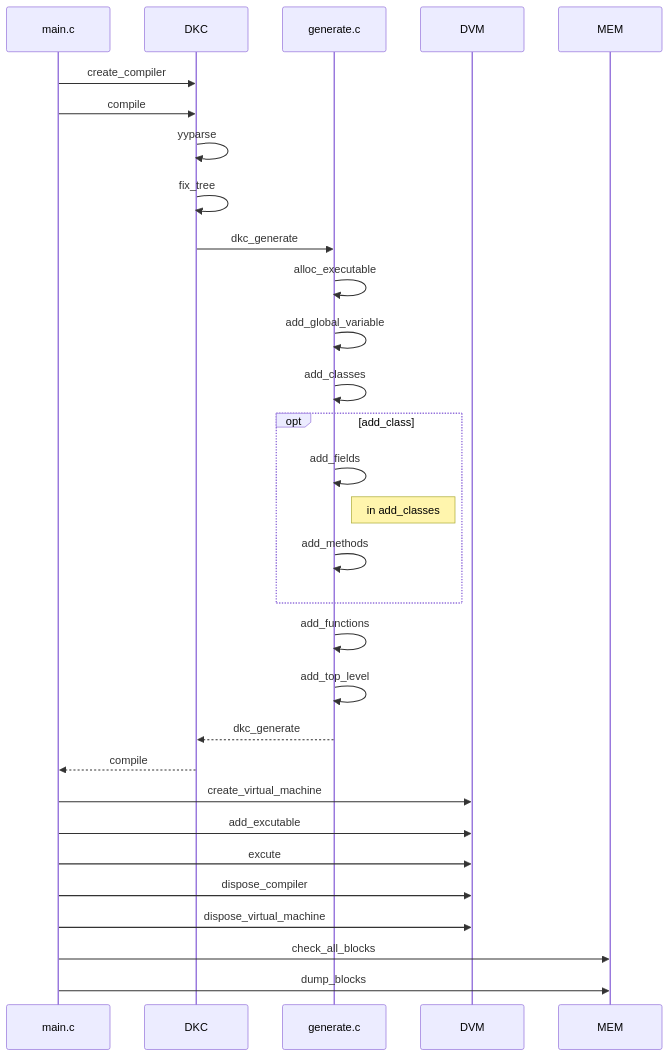
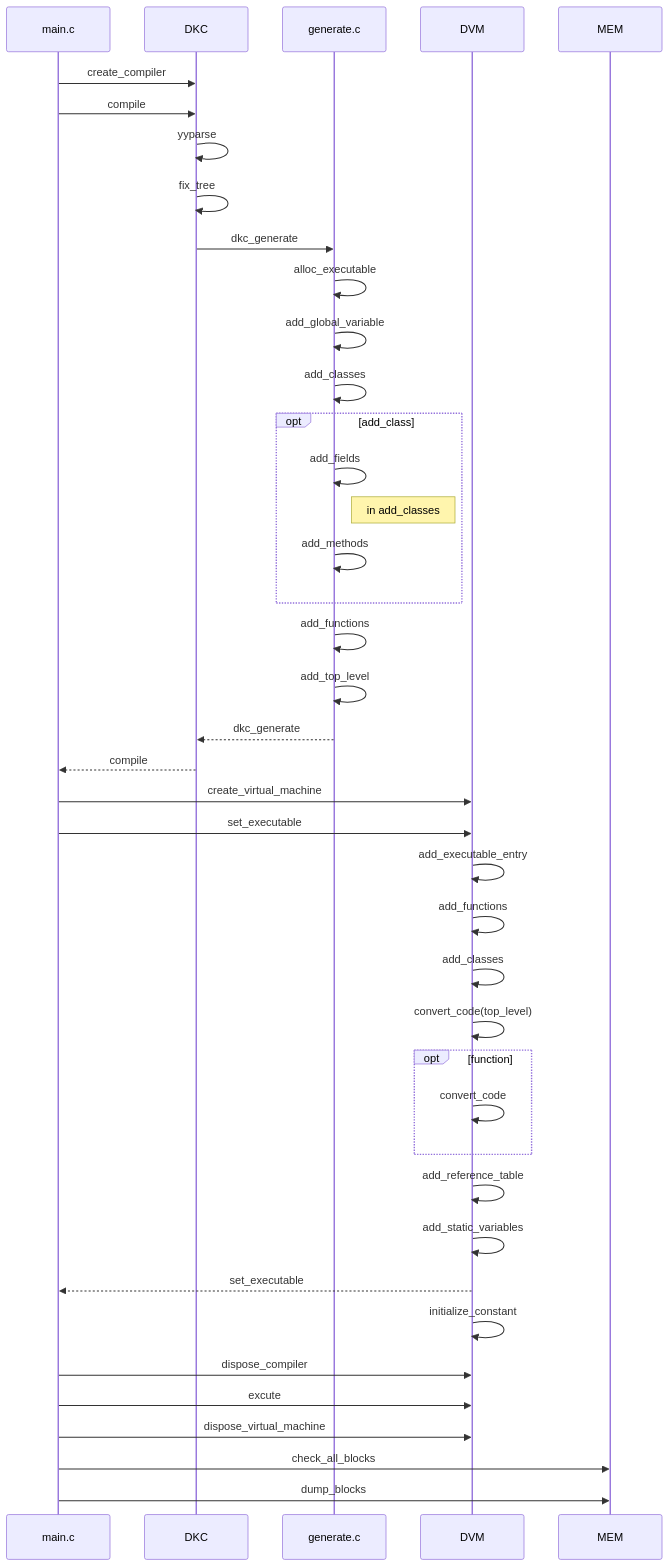
Before and after one commit to sulvto/compilers: the first of 2 diagrams in diksam/README.md, drawn with Mermaid. The commit also changed other lines of this file and 5 other files, not shown here.

````diff
--- a/diksam/README.md
+++ b/diksam/README.md
@@ -2,27 +2,38 @@
 ```mermaid
 sequenceDiagram
     main.c->>DKC: create_compiler
     main.c->>DKC: compile
     DKC->>DKC: yyparse
     DKC->>DKC: fix_tree
     DKC->>generate.c: dkc_generate
     generate.c->>generate.c: alloc_executable
     generate.c->>generate.c: add_global_variable
     generate.c->>generate.c: add_classes
     opt add_class
         generate.c->>generate.c: add_fields
         Note right of generate.c: in add_classes
         generate.c->>generate.c: add_methods
     end
     generate.c->>generate.c: add_functions
     generate.c->>generate.c: add_top_level
     generate.c-->>DKC: dkc_generate
     DKC-->>main.c: compile
     main.c->>DVM: create_virtual_machine
-    main.c->>DVM: add_excutable
+    main.c->>DVM: set_executable
+    DVM->>DVM: add_executable_entry
+    DVM->>DVM: add_functions
+    DVM->>DVM: add_classes
+    DVM->>DVM: convert_code(top_level)
+    opt function
+        DVM->>DVM: convert_code
+    end
+    DVM->>DVM: add_reference_table
+    DVM->>DVM: add_static_variables
+    DVM-->>main.c: set_executable
+    DVM->>DVM: initialize_constant
+    main.c->>DVM: dispose_compiler
     main.c->>DVM: excute
-    main.c->>DVM: dispose_compiler
     main.c->>DVM: dispose_virtual_machine
     main.c->>MEM: check_all_blocks
     main.c->>MEM: dump_blocks
 ```
````
